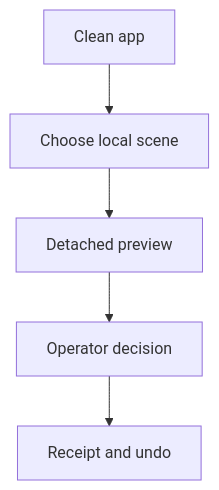
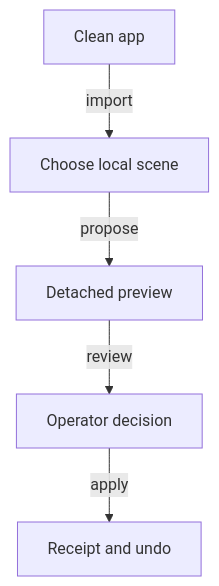
One commit to huijoohwee/agentic-graph changed the first of 5 diagrams in docs/documents/agentic-graph-spatial-workspace-pilot-prd-tad-adr-mvp-gtm.md. Above: the diagram before and after it, drawn with Mermaid. The commit also changed other lines of this file and 4 other files, not shown here.

````diff
--- a/docs/documents/agentic-graph-spatial-workspace-pilot-prd-tad-adr-mvp-gtm.md
+++ b/docs/documents/agentic-graph-spatial-workspace-pilot-prd-tad-adr-mvp-gtm.md
@@ -86,7 +89,12 @@
 ```mermaid
 flowchart TB
-  A[Clean app] --> B[Choose local scene]
-  B --> C[Detached preview]
-  C --> D[Operator decision]
-  D --> E[Receipt and undo]
+  A["Clean app"]
+  B["Choose local scene"]
+  C["Detached preview"]
+  D["Operator decision"]
+  E["Receipt and undo"]
+  A -->|"import"| B
+  B -->|"propose"| C
+  C -->|"review"| D
+  D -->|"apply"| E
 ```
````
